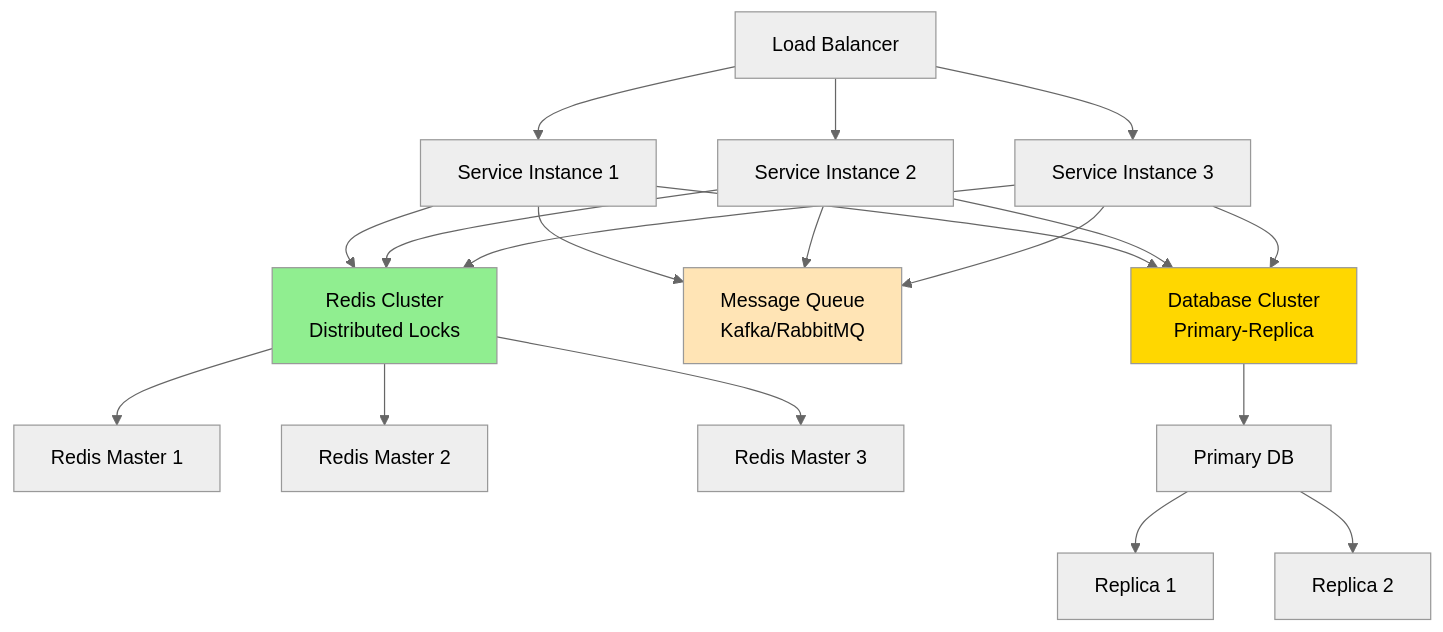
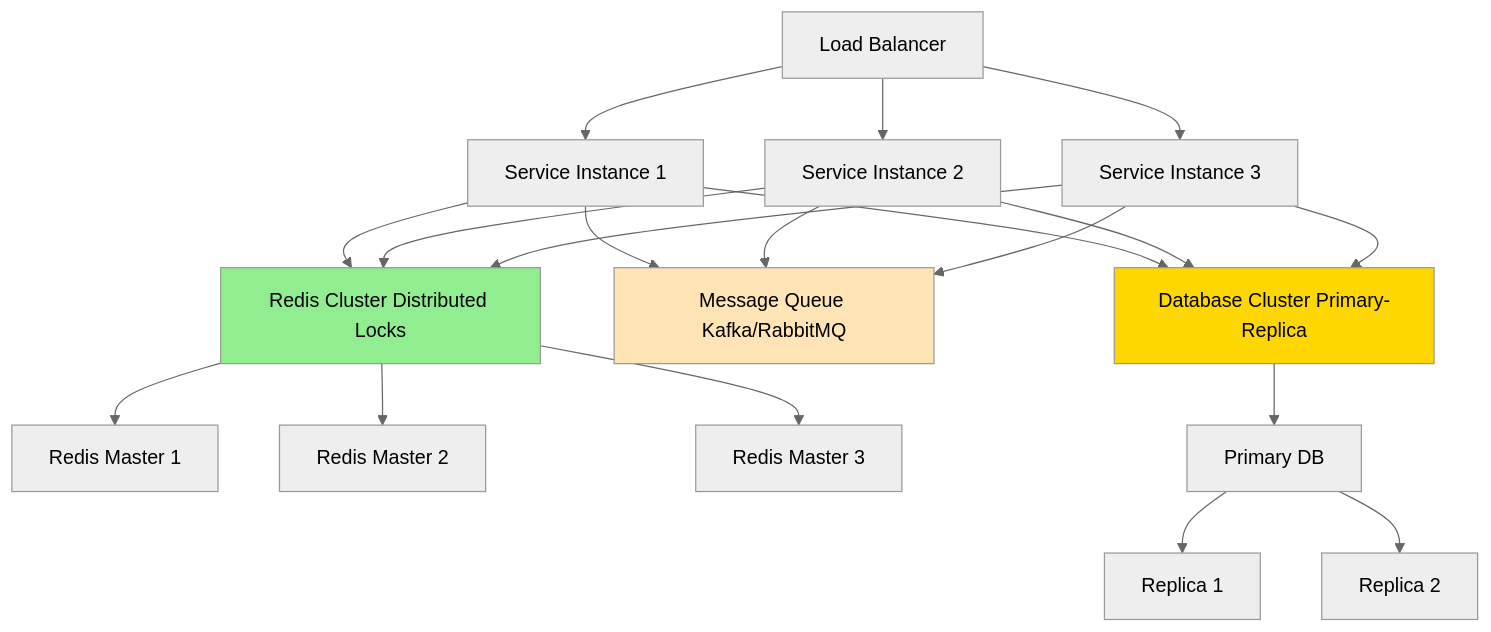
One commit to p1kmr/for-reading changed diagram 24 of 39 in Distributed_Concurrency_Control_Guide.md. Above: the diagram before and after it, drawn with Mermaid (neutral theme). The commit also changed other lines of this file and 2 other files, not shown here.

Commit message:
Fix Mermaid rendering issues in Databases and Message Queues guides by simplifying complex diagrams

````diff
--- a/Distributed_Concurrency_Control_Guide.md
+++ b/Distributed_Concurrency_Control_Guide.md
@@ -1322,30 +1322,30 @@
 ```mermaid
 graph TD
     A[Load Balancer] --> B[Service Instance 1]
     A --> C[Service Instance 2]
     A --> D[Service Instance 3]
 
-    B --> E[Redis Cluster<br/>Distributed Locks]
+    B --> E[Redis Cluster Distributed Locks]
     C --> E
     D --> E
 
-    B --> F[Message Queue<br/>Kafka/RabbitMQ]
+    B --> F[Message Queue Kafka/RabbitMQ]
     C --> F
     D --> F
 
-    B --> G[Database Cluster<br/>Primary-Replica]
+    B --> G[Database Cluster Primary-Replica]
     C --> G
     D --> G
 
     E --> H[Redis Master 1]
     E --> I[Redis Master 2]
     E --> J[Redis Master 3]
 
     G --> K[Primary DB]
     K --> L[Replica 1]
     K --> M[Replica 2]
 
     style E fill:#90EE90
     style F fill:#FFE4B5
     style G fill:#FFD700
 ```
````
